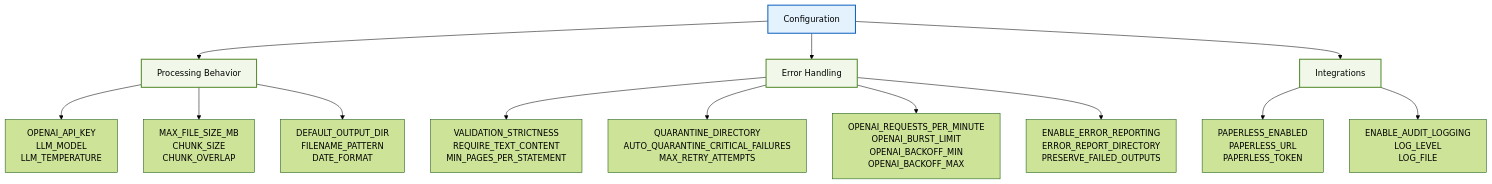
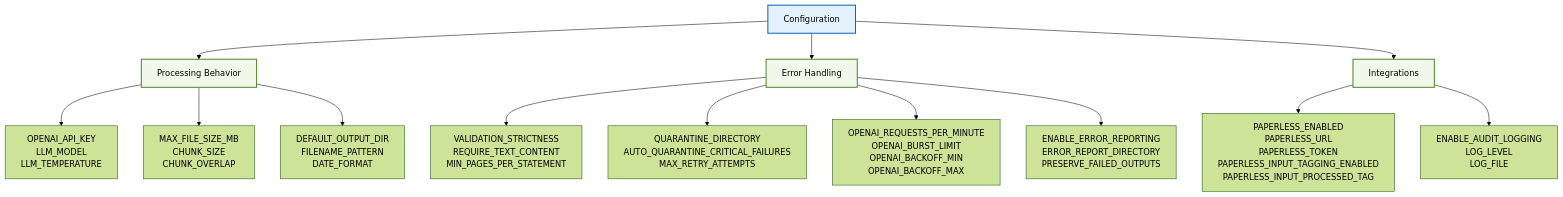
One commit to madeinoz67/bank-statement-separator changed the third of 4 diagrams in docs/architecture/workflow-overview.md. Above: the diagram before and after it, drawn with Mermaid (forest theme). The commit also changed other lines of this file and 13 other files, not shown here.

````diff
--- a/docs/architecture/workflow-overview.md
+++ b/docs/architecture/workflow-overview.md
@@ -235,24 +244,24 @@
 ```mermaid
 graph TD
     Config[Configuration] --> Processing[Processing Behavior]
     Config --> ErrorHandling[Error Handling]
     Config --> Integration[Integrations]
 
     Processing --> API[OPENAI_API_KEY<br/>LLM_MODEL<br/>LLM_TEMPERATURE]
     Processing --> Files[MAX_FILE_SIZE_MB<br/>CHUNK_SIZE<br/>CHUNK_OVERLAP]
     Processing --> Output[DEFAULT_OUTPUT_DIR<br/>FILENAME_PATTERN<br/>DATE_FORMAT]
 
     ErrorHandling --> Validation[VALIDATION_STRICTNESS<br/>REQUIRE_TEXT_CONTENT<br/>MIN_PAGES_PER_STATEMENT]
     ErrorHandling --> Quarantine[QUARANTINE_DIRECTORY<br/>AUTO_QUARANTINE_CRITICAL_FAILURES<br/>MAX_RETRY_ATTEMPTS]
     ErrorHandling --> Backoff[OPENAI_REQUESTS_PER_MINUTE<br/>OPENAI_BURST_LIMIT<br/>OPENAI_BACKOFF_MIN<br/>OPENAI_BACKOFF_MAX]
     ErrorHandling --> Reporting[ENABLE_ERROR_REPORTING<br/>ERROR_REPORT_DIRECTORY<br/>PRESERVE_FAILED_OUTPUTS]
 
-    Integration --> Paperless[PAPERLESS_ENABLED<br/>PAPERLESS_URL<br/>PAPERLESS_TOKEN]
+    Integration --> Paperless[PAPERLESS_ENABLED<br/>PAPERLESS_URL<br/>PAPERLESS_TOKEN<br/>PAPERLESS_INPUT_TAGGING_ENABLED<br/>PAPERLESS_INPUT_PROCESSED_TAG]
     Integration --> Logging[ENABLE_AUDIT_LOGGING<br/>LOG_LEVEL<br/>LOG_FILE]
 
     classDef configStyle fill:#e3f2fd,stroke:#1565c0,stroke-width:2px
     classDef categoryStyle fill:#f1f8e9,stroke:#558b2f,stroke-width:2px
 
     class Config configStyle
     class Processing,ErrorHandling,Integration categoryStyle
 ```
````
